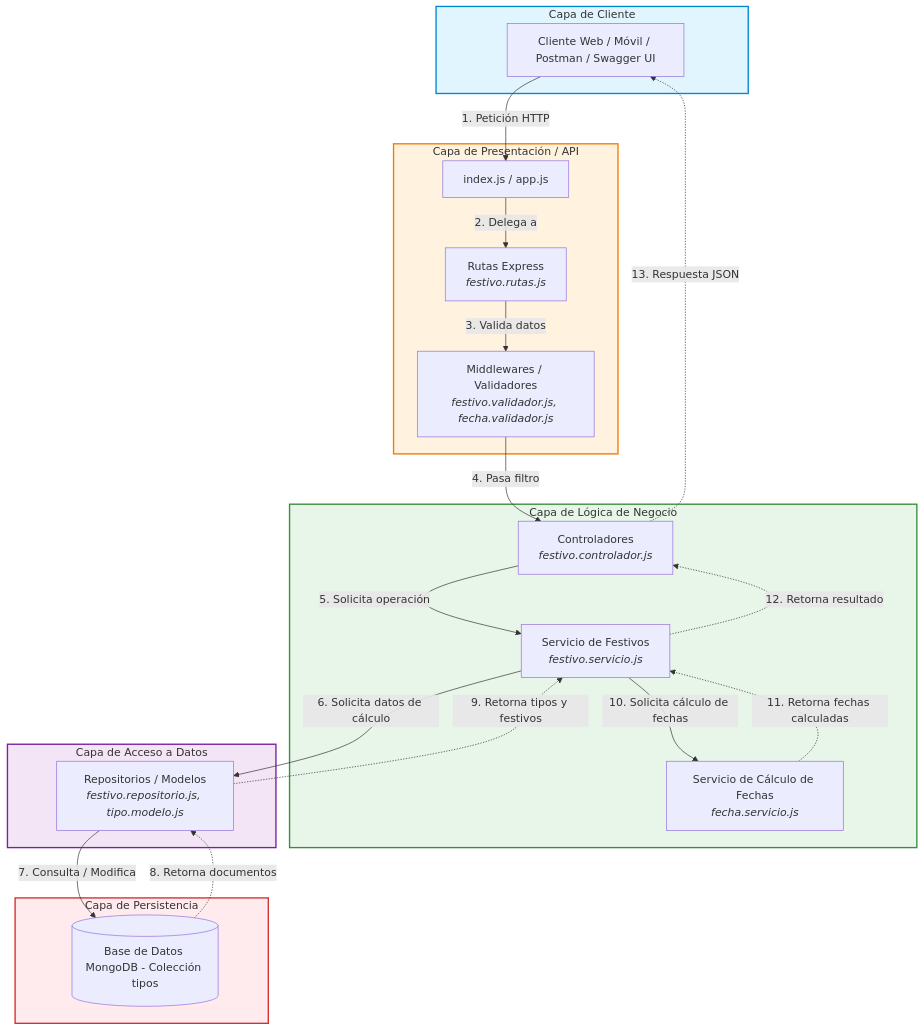
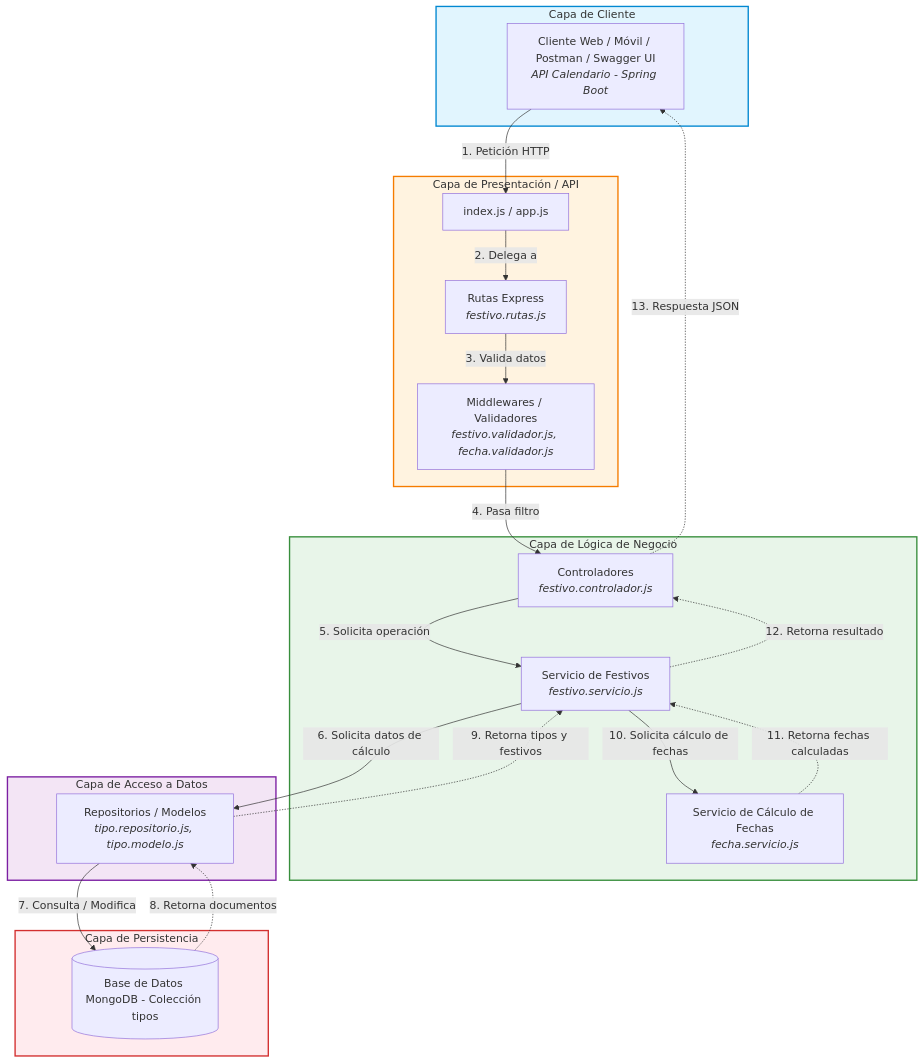
One commit to Agudelo-J-M/taller-uno-arquitectura changed the diagram in diagrama-arquitectura-api-festivos.md. Above: the diagram before and after it, drawn with Mermaid. The commit also changed other lines of this file and 4 other files, not shown here.

First line of the commit message:
Ajustes a los diagramas y a la base de datos de la API Festivos

````diff
--- a/diagrama-arquitectura-api-festivos.md
+++ b/diagrama-arquitectura-api-festivos.md
@@ -9,55 +9,55 @@
 ```mermaid
 graph TD
     %% Cliente / Capa de Presentación Externa
     subgraph ClientLayer [Capa de Cliente]
-        Client[Cliente Web / Móvil / Postman / Swagger UI]
+        Client[Cliente Web / Móvil / Postman / Swagger UI<br/><i>API Calendario - Spring Boot</i>]
     end
 
     %% Capa de Entrada y Enrutamiento
     subgraph PresentationLayer [Capa de Presentación / API]
         Index[index.js / app.js]
         Routes[Rutas Express<br/><i>festivo.rutas.js</i>]
         Validators[Middlewares / Validadores<br/><i>festivo.validador.js, fecha.validador.js</i>]
     end
 
     %% Capa de Lógica de Negocio
     subgraph BusinessLayer [Capa de Lógica de Negocio]
         Controllers[Controladores<br/><i>festivo.controlador.js</i>]
         FestivoService[Servicio de Festivos<br/><i>festivo.servicio.js</i>]
         FechaService[Servicio de Cálculo de Fechas<br/><i>fecha.servicio.js</i>]
     end
 
     %% Capa de Acceso a Datos
     subgraph DataAccessLayer [Capa de Acceso a Datos]
-        Repositories[Repositorios / Modelos<br/><i>festivo.repositorio.js, tipo.modelo.js</i>]
+        Repositories[Repositorios / Modelos<br/><i>tipo.repositorio.js, tipo.modelo.js</i>]
     end
 
     %% Capa de Persistencia
     subgraph PersistenceLayer [Capa de Persistencia]
         DB[(Base de Datos MongoDB - Colección tipos)]
     end
 
     %% Flujo de la Petición
     Client -->|1. Petición HTTP| Index
     Index -->|2. Delega a| Routes
     Routes -->|3. Valida datos| Validators
     Validators -->|4. Pasa filtro| Controllers
     Controllers -->|5. Solicita operación| FestivoService
     FestivoService -->|6. Solicita datos de cálculo| Repositories
     Repositories -->|7. Consulta / Modifica| DB
 
     %% Flujo de la Respuesta
     DB -.->|8. Retorna documentos| Repositories
     Repositories -.->|9. Retorna tipos y festivos| FestivoService
     FestivoService -->|10. Solicita cálculo de fechas| FechaService
     FechaService -.->|11. Retorna fechas calculadas| FestivoService
     FestivoService -.->|12. Retorna resultado| Controllers
     Controllers -.->|13. Respuesta JSON| Client
 
     %% Estilos de Nodos
     style ClientLayer fill:#e1f5fe,stroke:#0288d1,stroke-width:2px
     style PresentationLayer fill:#fff3e0,stroke:#f57c00,stroke-width:2px
     style BusinessLayer fill:#e8f5e9,stroke:#388e3c,stroke-width:2px
     style DataAccessLayer fill:#f3e5f5,stroke:#7b1fa2,stroke-width:2px
     style PersistenceLayer fill:#ffebee,stroke:#d32f2f,stroke-width:2px
 ```
````
